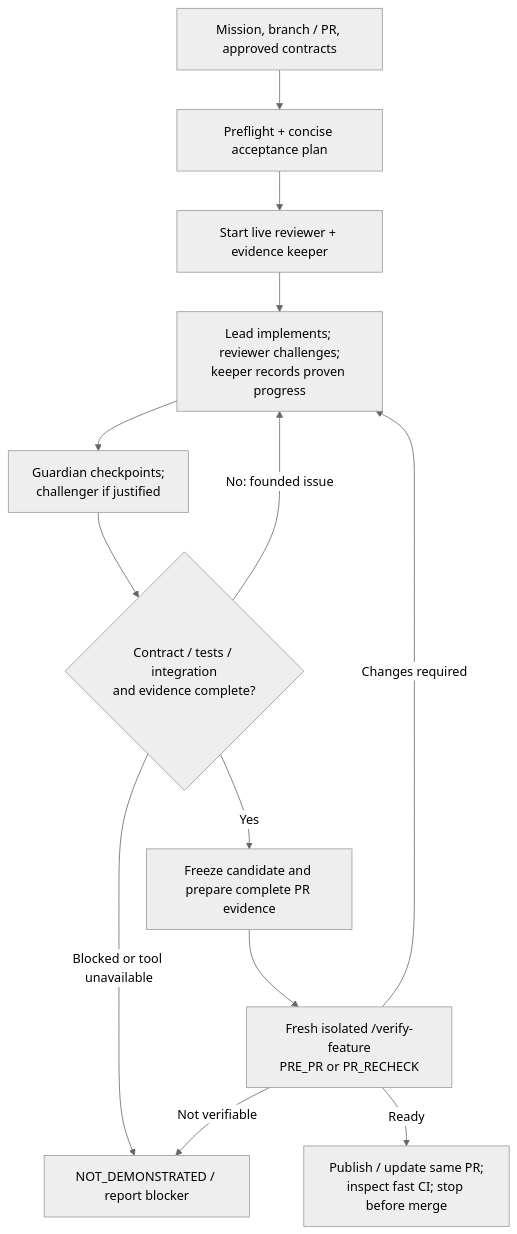
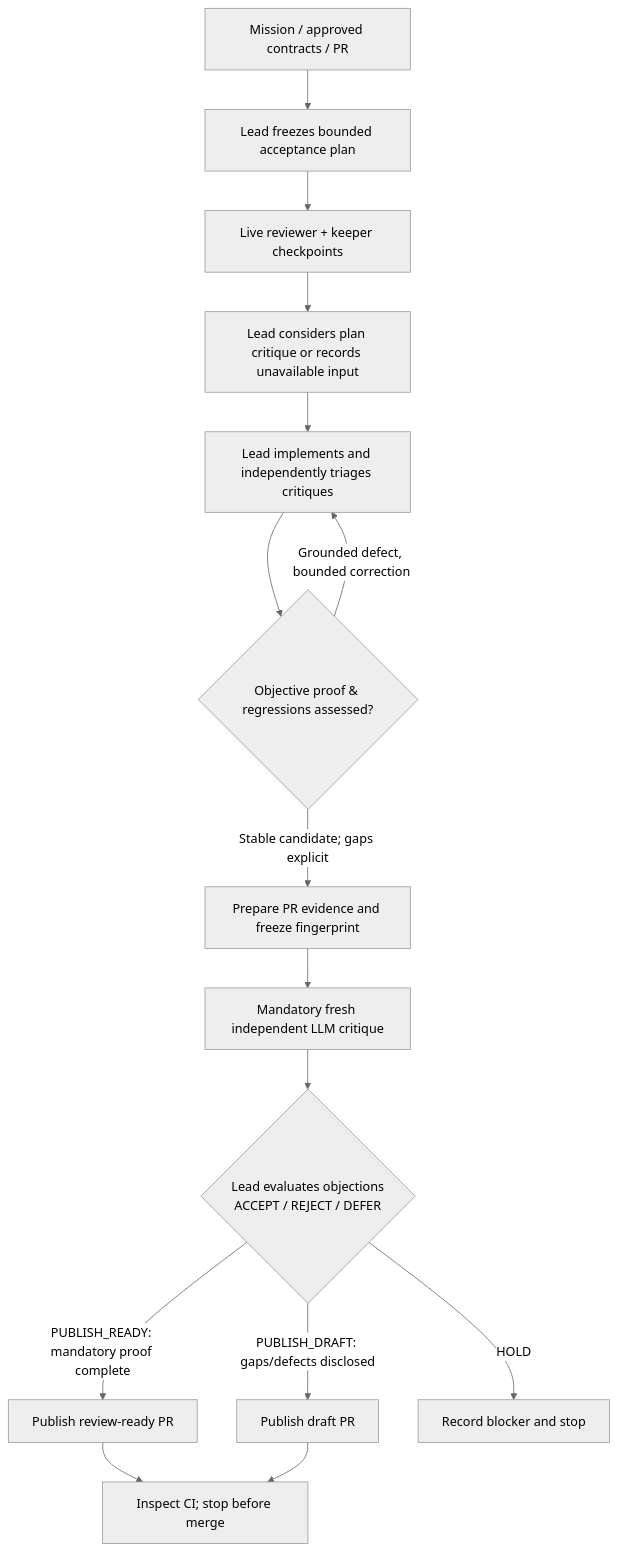
The second of 2 diagrams in docs/development/agent-development-workflow.md (aradenac/utest-machinery), drawn with Mermaid (neutral theme) before and after one commit. The commit also changed other lines of this file and 9 other files, not shown here.

First line of the commit message:
fix(dev): reliable teammate checkpoints and lead-owned PR release decisions (#26)

````diff
--- a/docs/development/agent-development-workflow.md
+++ b/docs/development/agent-development-workflow.md
@@ -65,15 +65,17 @@
 ```mermaid
 flowchart TD
-  A["Mission, branch / PR, approved contracts"] --> B["Preflight + concise acceptance plan"]
-  B --> C["Start live reviewer + evidence keeper"]
-  C --> D["Lead implements; reviewer challenges;\nkeeper records proven progress"]
-  D --> G["Guardian checkpoints;\nchallenger if justified"]
-  G --> E{"Contract / tests / integration\nand evidence complete?"}
-  E -->|"No: founded issue"| D
-  E -->|"Blocked or tool unavailable"| X["NOT_DEMONSTRATED / report blocker"]
-  E -->|"Yes"| P["Freeze candidate and prepare complete PR evidence"]
-  P --> F["Fresh isolated /verify-feature\nPRE_PR or PR_RECHECK"]
-  F -->|"Changes required"| D
-  F -->|"Not verifiable"| X
-  F -->|"Ready"| R["Publish / update same PR;\ninspect fast CI; stop before merge"]
+  A["Mission / approved contracts / PR"] --> B["Lead freezes bounded acceptance plan"]
+  B --> C["Live reviewer + keeper checkpoints"]
+  C --> D["Lead considers plan critique or records unavailable input"]
+  D --> I["Lead implements and independently triages critiques"]
+  I --> E{"Objective proof & regressions assessed?"}
+  E -->|"Grounded defect, bounded correction"| I
+  E -->|"Stable candidate; gaps explicit"| P["Prepare PR evidence and freeze fingerprint"]
+  P --> F["Mandatory fresh independent LLM critique"]
+  F --> L{"Lead evaluates objections\nACCEPT / REJECT / DEFER"}
+  L -->|"PUBLISH_READY: mandatory proof complete"| R["Publish review-ready PR"]
+  L -->|"PUBLISH_DRAFT: gaps/defects disclosed"| DR["Publish draft PR"]
+  L -->|"HOLD"| H["Record blocker and stop"]
+  R --> S["Inspect CI; stop before merge"]
+  DR --> S
 ```
````
